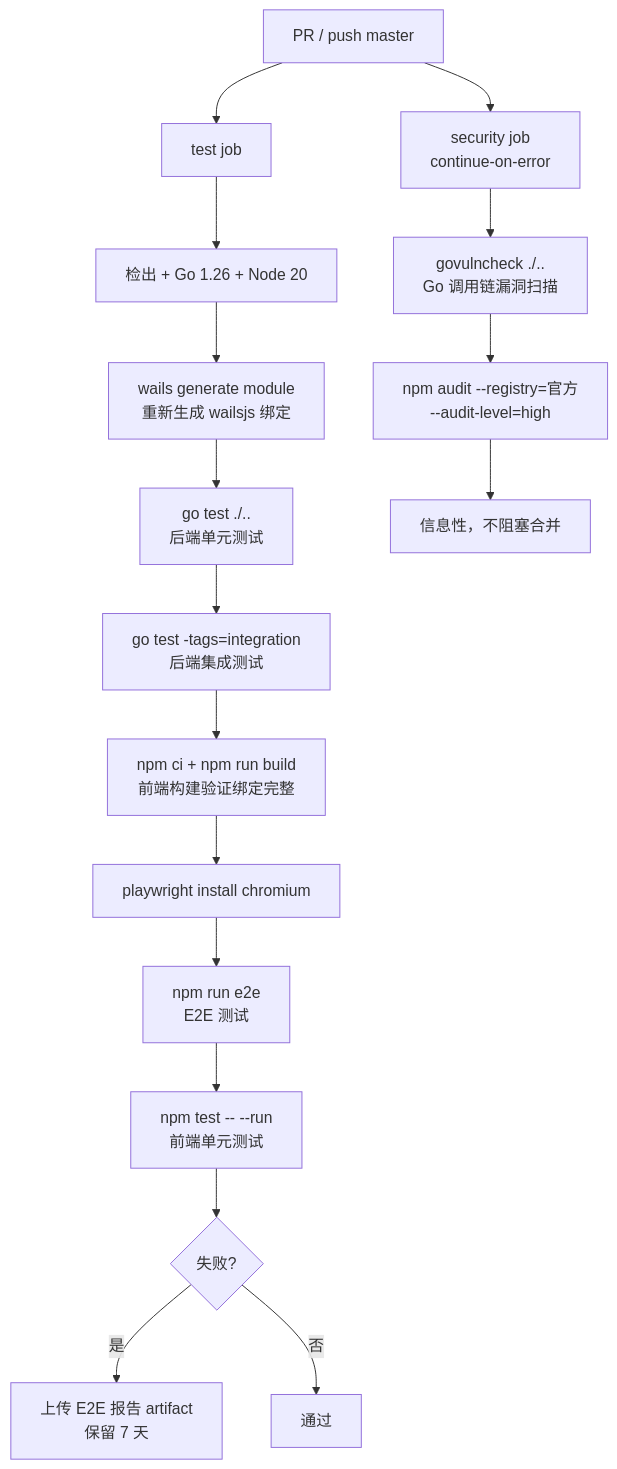
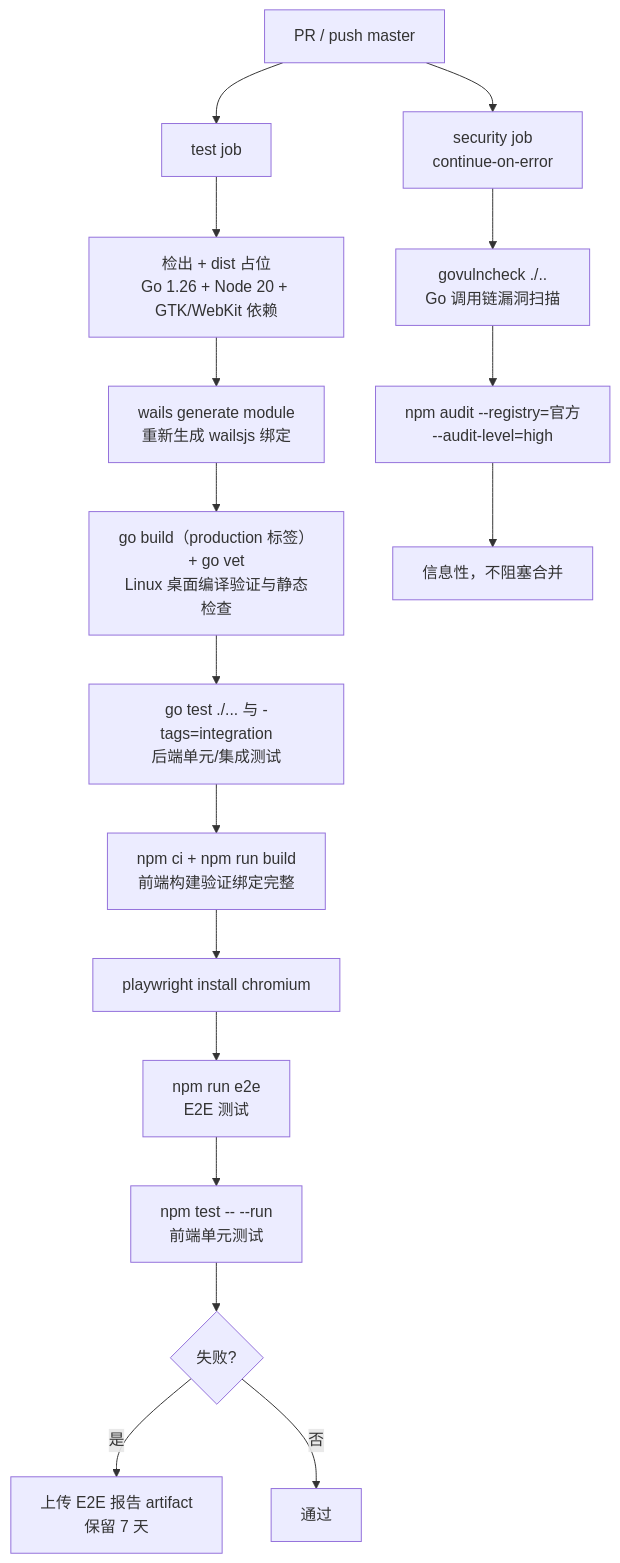
One commit to hello007/workbench changed the second of 2 diagrams in docs/贡献指南.md. Above: the diagram before and after it, drawn with Mermaid. The commit also changed other lines of this file and 4 other files, not shown here.

````diff
--- a/docs/贡献指南.md
+++ b/docs/贡献指南.md
@@ -225,21 +225,21 @@
 ```mermaid
 flowchart TD
     PR["PR / push master"] --> TEST["test job"]
     PR --> SEC["security job<br>continue-on-error"]
 
-    TEST --> T1["检出 + Go 1.26 + Node 20"]
+    TEST --> T1["检出 + dist 占位<br>Go 1.26 + Node 20 + GTK/WebKit 依赖"]
     T1 --> T2["wails generate module<br>重新生成 wailsjs 绑定"]
-    T2 --> T3["go test ./..<br>后端单元测试"]
-    T3 --> T4["go test -tags=integration<br>后端集成测试"]
+    T2 --> T3["go build（production 标签）+ go vet<br>Linux 桌面编译验证与静态检查"]
+    T3 --> T4["go test ./... 与 -tags=integration<br>后端单元/集成测试"]
     T4 --> T5["npm ci + npm run build<br>前端构建验证绑定完整"]
     T5 --> T6["playwright install chromium"]
     T6 --> T7["npm run e2e<br>E2E 测试"]
     T7 --> T8["npm test -- --run<br>前端单元测试"]
     T8 --> T9{"失败?"}
     T9 -->|"是"| T10["上传 E2E 报告 artifact<br>保留 7 天"]
     T9 -->|"否"| OK["通过"]
 
     SEC --> S1["govulncheck ./..<br>Go 调用链漏洞扫描"]
     S1 --> S2["npm audit --registry=官方<br>--audit-level=high"]
     S2 --> SECINFO["信息性，不阻塞合并"]
 ```
````
